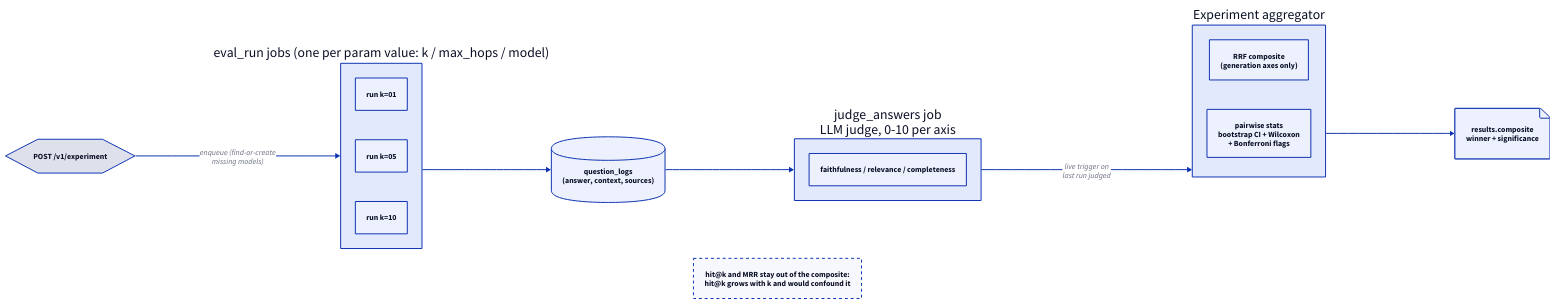
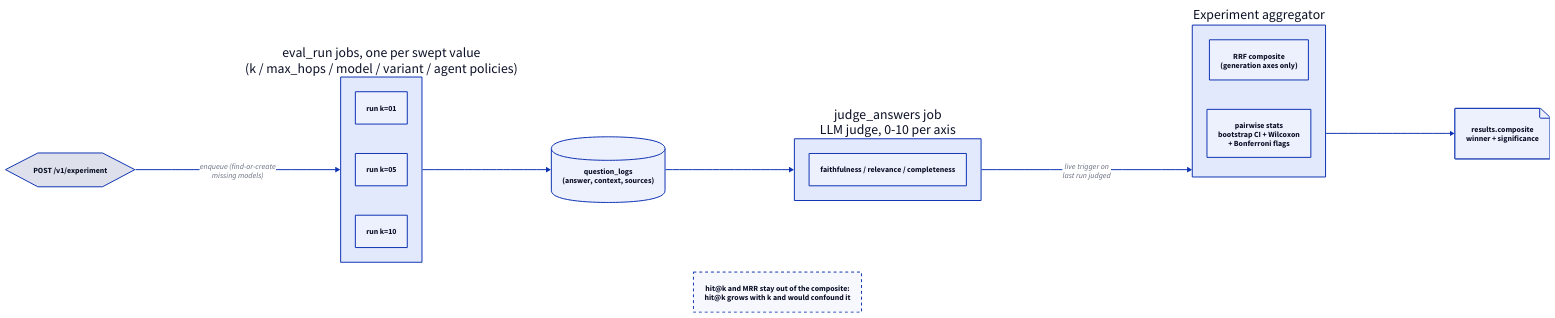
One commit to rikitikitav1/rag-lab changed the diagram in docs/diagrams/eval_pipeline.d2. Above: the diagram before and after it, drawn with D2. The commit also changed 10 other files, not shown here.

```diff
--- a/docs/diagrams/eval_pipeline.d2
+++ b/docs/diagrams/eval_pipeline.d2
@@ -1,39 +1,39 @@
 direction: right
 
 exp: POST /v1/experiment {
   shape: hexagon
 }
 
-runs: "eval_run jobs (one per param value: k / max_hops / model)" {
+runs: "eval_run jobs, one per swept value\n(k / max_hops / model / variant / agent policies)" {
   r1: run k=01
   r2: run k=05
   r3: run k=10
 }
 
 logs: question_logs\n(answer, context, sources) {
   shape: cylinder
 }
 
 judge: judge_answers job\nLLM judge, 0-10 per axis {
   axes: faithfulness / relevance / completeness
 }
 
 agg: Experiment aggregator {
   composite: RRF composite\n(generation axes only)
   pairwise: pairwise stats\nbootstrap CI + Wilcoxon\n+ Bonferroni flags
 }
 
 results: results.composite\nwinner + significance {
   shape: page
 }
 
 exp -> runs: enqueue (find-or-create\nmissing models)
 runs -> logs
 logs -> judge
 judge -> agg: live trigger on\nlast run judged
 agg -> results
 
 note: "hit@k and MRR stay out of the composite:\nhit@k grows with k and would confound it" {
   near: bottom-center
   style.stroke-dash: 3
 }
```
